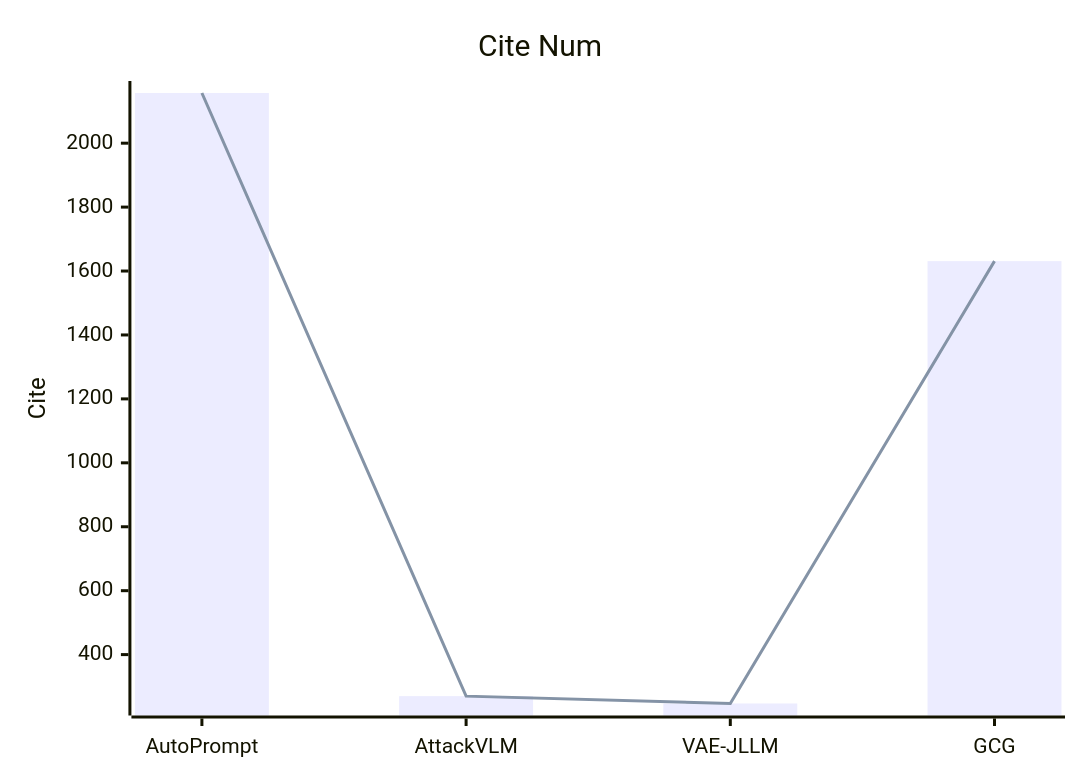
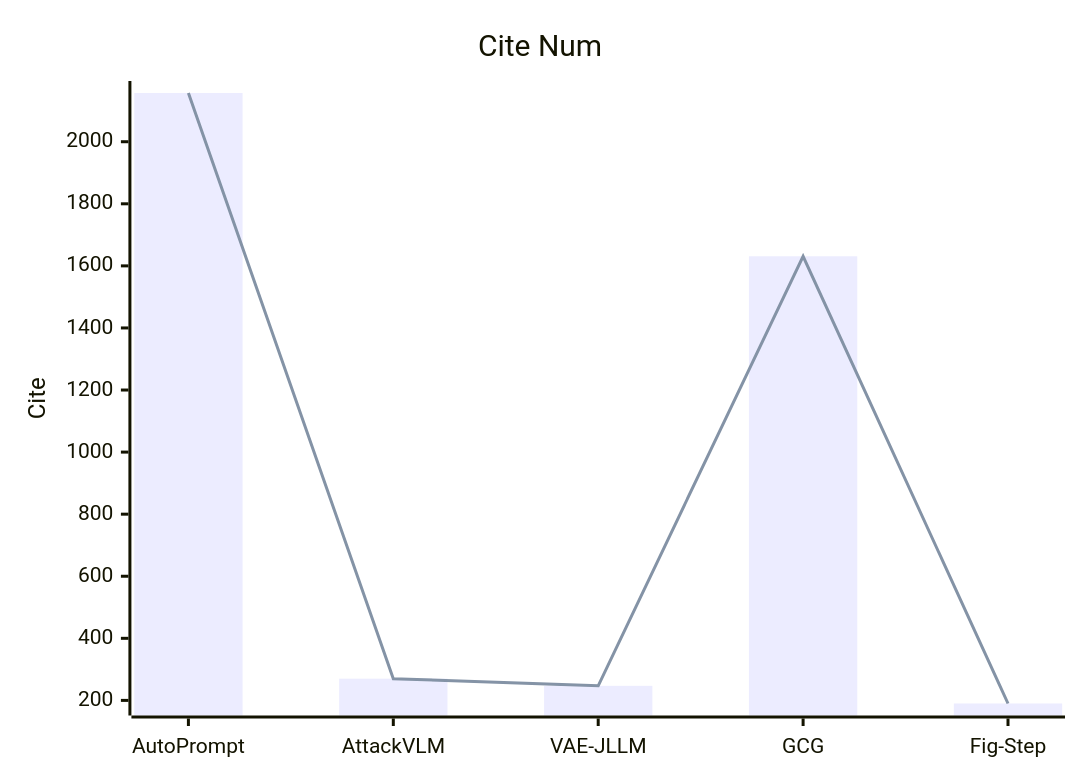
Before and after one commit to Elephant-King9/Paper: the fifth of 5 diagrams in Attack/Jailbreak/analyse.md, drawn with Mermaid. The commit also changed other lines of this file and 8 other files, not shown here.

Commit message:
FigStep: Jailbreaking Large Vision-Language Models via Typographic Visual Prompts

````diff
--- a/Attack/Jailbreak/analyse.md
+++ b/Attack/Jailbreak/analyse.md
@@ -66,8 +70,8 @@
 ```mermaid
     xychart-beta
     title "Cite Num"
-    x-axis [AutoPrompt,AttackVLM,VAE-JLLM,GCG]
+    x-axis [AutoPrompt,AttackVLM,VAE-JLLM,GCG,Fig-Step]
     y-axis "Cite" 
-    bar [2157, 270,247, 1631]
-    line [2157, 270,247,1631]
+    bar [2157, 270,247, 1631,190]
+    line [2157, 270,247,1631,190]
 ```
````
